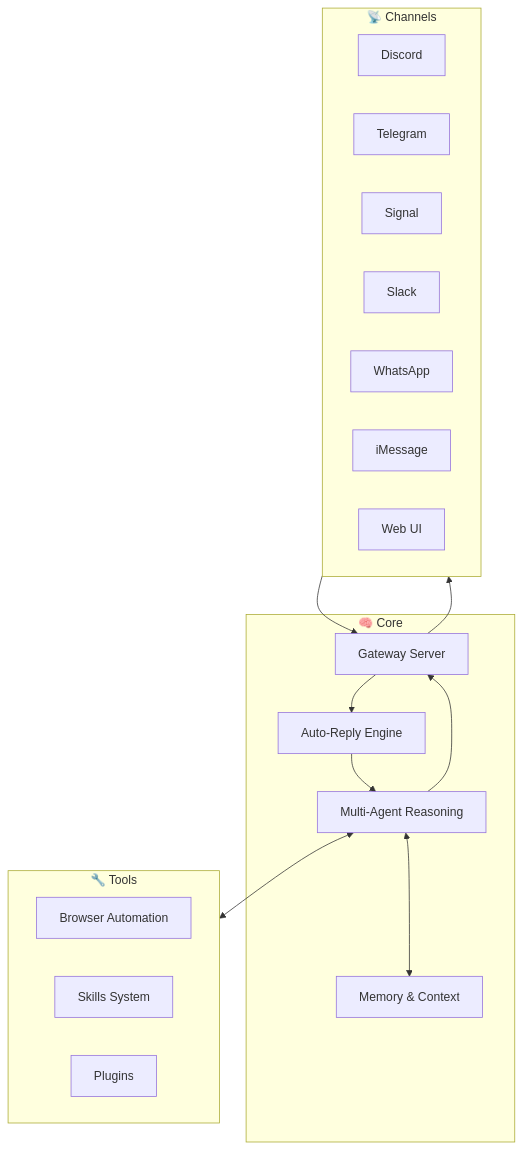
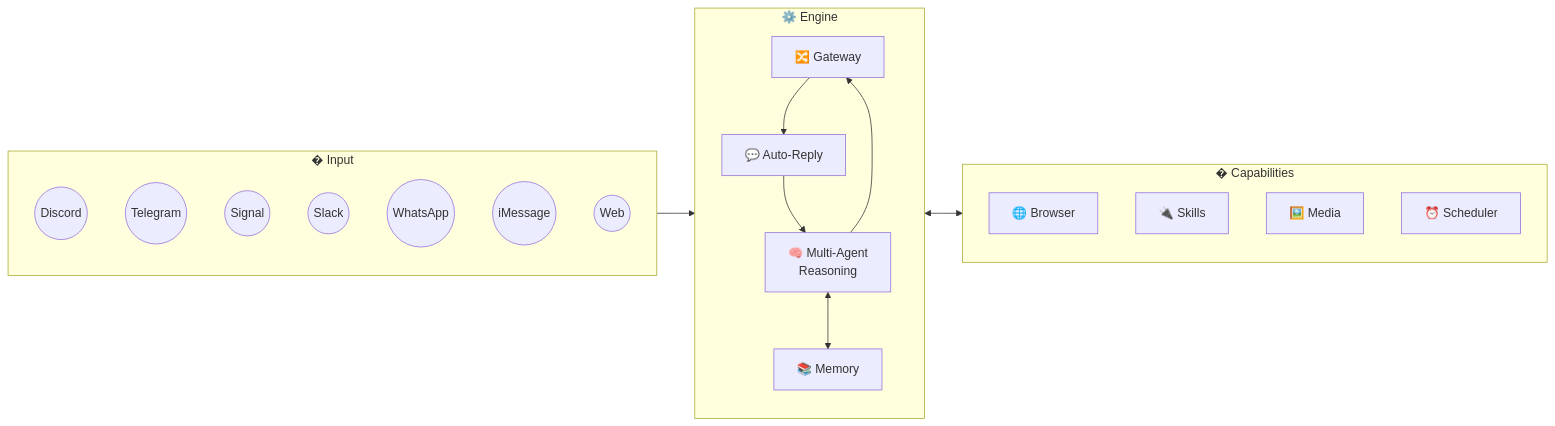
One commit to EthanAlgoX/MarketBot changed the diagram in README.md. Above: the diagram before and after it, drawn with Mermaid.

Commit message:
docs: optimize architecture diagram with cleaner flowchart design

````diff
--- a/README.md
+++ b/README.md
@@ -19,33 +19,36 @@
 ```mermaid
-graph TB
-    subgraph Channels["📡 Channels"]
-        Discord[Discord]
-        Telegram[Telegram]
-        Signal[Signal]
-        Slack[Slack]
-        WhatsApp[WhatsApp]
-        iMessage[iMessage]
-        Web[Web UI]
+flowchart LR
+    subgraph Input["� Input"]
+        direction TB
+        Discord((Discord))
+        Telegram((Telegram))
+        Signal((Signal))
+        Slack((Slack))
+        WhatsApp((WhatsApp))
+        iMessage((iMessage))
+        WebUI((Web))
     end
 
-    subgraph Core["🧠 Core"]
-        Gateway[Gateway Server]
-        AutoReply[Auto-Reply Engine]
-        Agents[Multi-Agent Reasoning]
-        Memory[Memory & Context]
+    subgraph Engine["⚙️ Engine"]
+        direction TB
+        Gateway["🔀 Gateway"]
+        AutoReply["💬 Auto-Reply"]
+        Agents["🧠 Multi-Agent<br/>Reasoning"]
+        Memory["📚 Memory"]
     end
 
-    subgraph Tools["🔧 Tools"]
-        Browser[Browser Automation]
-        Skills[Skills System]
-        Plugins[Plugins]
+    subgraph Capabilities["�️ Capabilities"]
+        direction TB
+        Browser["🌐 Browser"]
+        Skills["🔌 Skills"]
+        Media["🖼️ Media"]
+        Cron["⏰ Scheduler"]
     end
 
-    Channels --> Gateway
+    Input --> Gateway
     Gateway --> AutoReply
     AutoReply --> Agents
     Agents <--> Memory
-    Agents <--> Tools
+    Agents <--> Capabilities
     Agents --> Gateway
-    Gateway --> Channels
 ```
````
